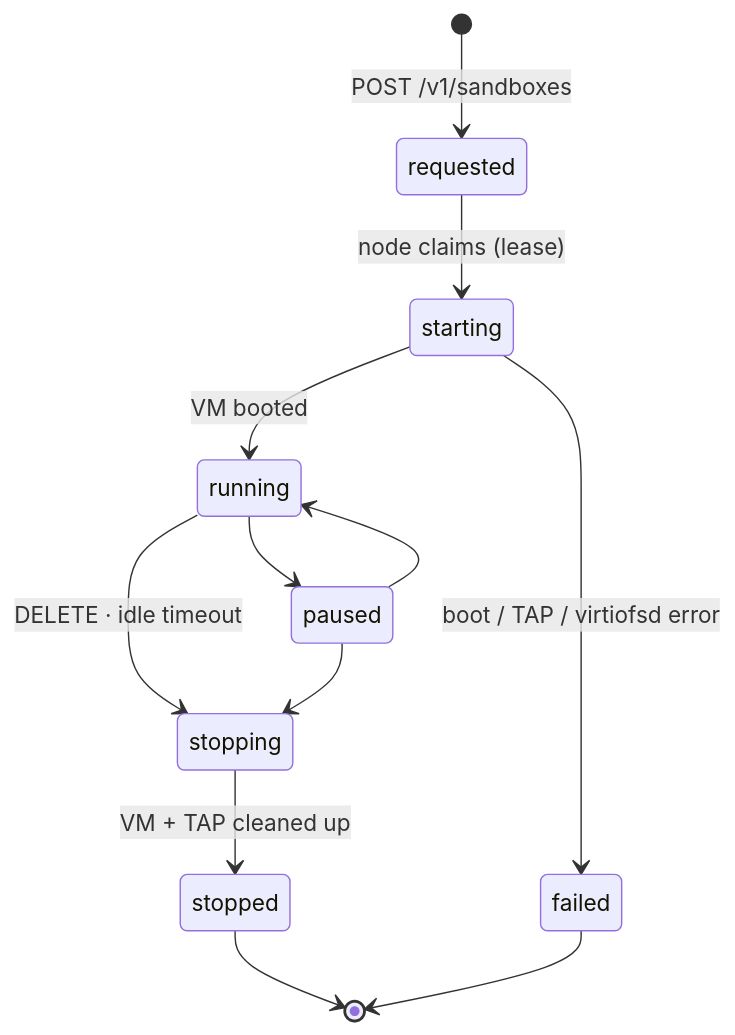
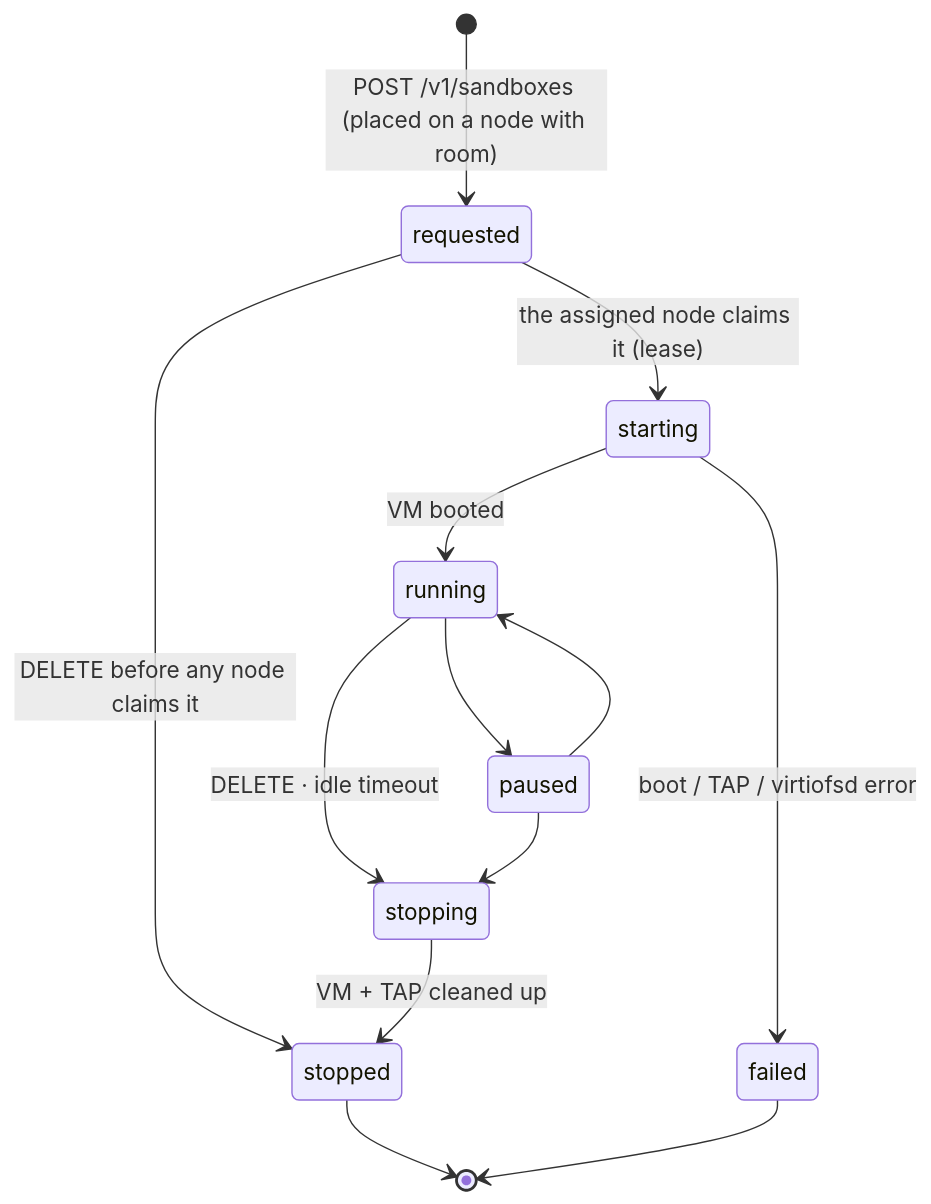
The third of 5 diagrams in README.md (luisgf/agent-sandbox-platform), drawn with Mermaid before and after one commit. The commit also changed other lines of this file and 9 other files, not shown here.

````diff
--- a/README.md
+++ b/README.md
@@ -153,14 +153,15 @@
 ```mermaid
 stateDiagram-v2
-  [*] --> requested: POST /v1/sandboxes
-  requested --> starting: node claims (lease)
+  [*] --> requested: POST /v1/sandboxes (placed on a node with room)
+  requested --> stopped: DELETE before any node claims it
+  requested --> starting: the assigned node claims it (lease)
   starting --> running: VM booted
   starting --> failed: boot / TAP / virtiofsd error
   running --> paused
   paused --> running
   running --> stopping: DELETE · idle timeout
   paused --> stopping
   stopping --> stopped: VM + TAP cleaned up
   stopped --> [*]
   failed --> [*]
 ```
````
